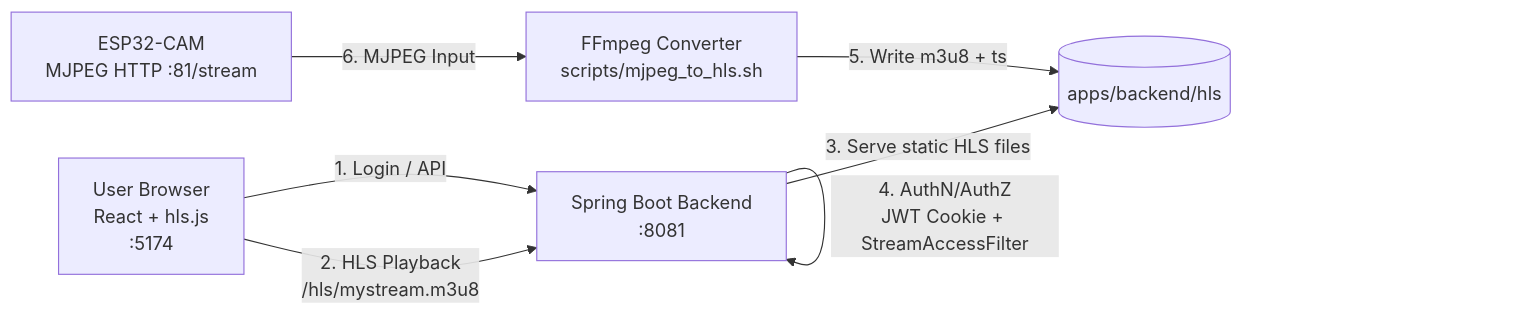
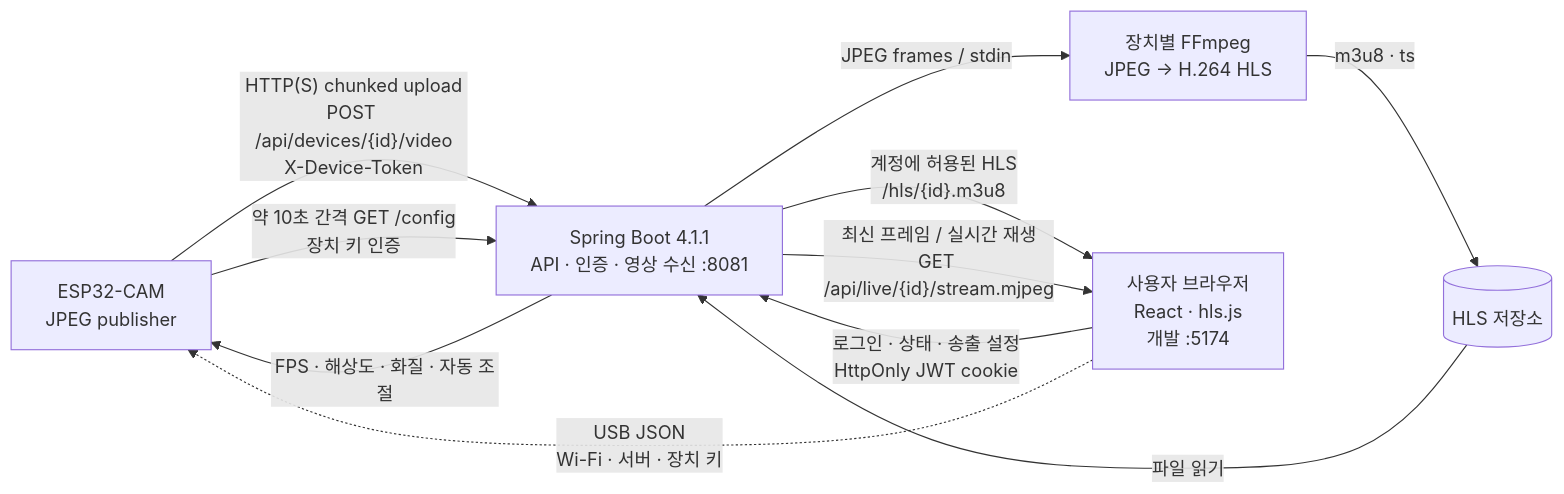
One commit to YooJuno/CCTV_Streaming changed the first of 4 diagrams in docs/system-archtecture/SYSTEM_ARCHITECTURE.md. Above: the diagram before and after it, drawn with Mermaid. The commit also changed other lines of this file and 105 other files, not shown here.

````diff
--- a/docs/system-archtecture/SYSTEM_ARCHITECTURE.md
+++ b/docs/system-archtecture/SYSTEM_ARCHITECTURE.md
@@ -14,11 +7,13 @@
 ```mermaid
 flowchart LR
-    U[User Browser<br/>React + hls.js<br/>:5174] -->|1. Login / API| B[Spring Boot Backend<br/>:8081]
-    U -->|2. HLS Playback<br/>/hls/mystream.m3u8| B
-
-    B -->|3. Serve static HLS files| H[(apps/backend/hls)]
-    B -->|4. AuthN/AuthZ<br/>JWT Cookie + StreamAccessFilter| B
-
-    F[FFmpeg Converter<br/>scripts/mjpeg_to_hls.sh] -->|5. Write m3u8 + ts| H
-    C[ESP32-CAM<br/>MJPEG HTTP :81/stream] -->|6. MJPEG Input| F
+    C["ESP32-CAM<br/>JPEG publisher"] -->|"HTTP(S) chunked upload<br/>POST /api/devices/{id}/video<br/>X-Device-Token"| B["Spring Boot 4.1.1<br/>API · 인증 · 영상 수신 :8081"]
+    B -->|"JPEG frames / stdin"| F["장치별 FFmpeg<br/>JPEG → H.264 HLS"]
+    F -->|"m3u8 · ts"| H[("HLS 저장소")]
+    H -->|"파일 읽기"| B
+    U["사용자 브라우저<br/>React · hls.js<br/>개발 :5174"] -->|"로그인 · 상태 · 송출 설정<br/>HttpOnly JWT cookie"| B
+    B -->|"계정에 허용된 HLS<br/>/hls/{id}.m3u8"| U
+    B -->|"최신 프레임 / 실시간 재생<br/>GET /api/live/{id}/stream.mjpeg"| U
+    U -.->|"USB JSON<br/>Wi-Fi · 서버 · 장치 키"| C
+    C -->|"약 10초 간격 GET /config<br/>장치 키 인증"| B
+    B -->|"FPS · 해상도 · 화질 · 자동 조절"| C
 ```
````
